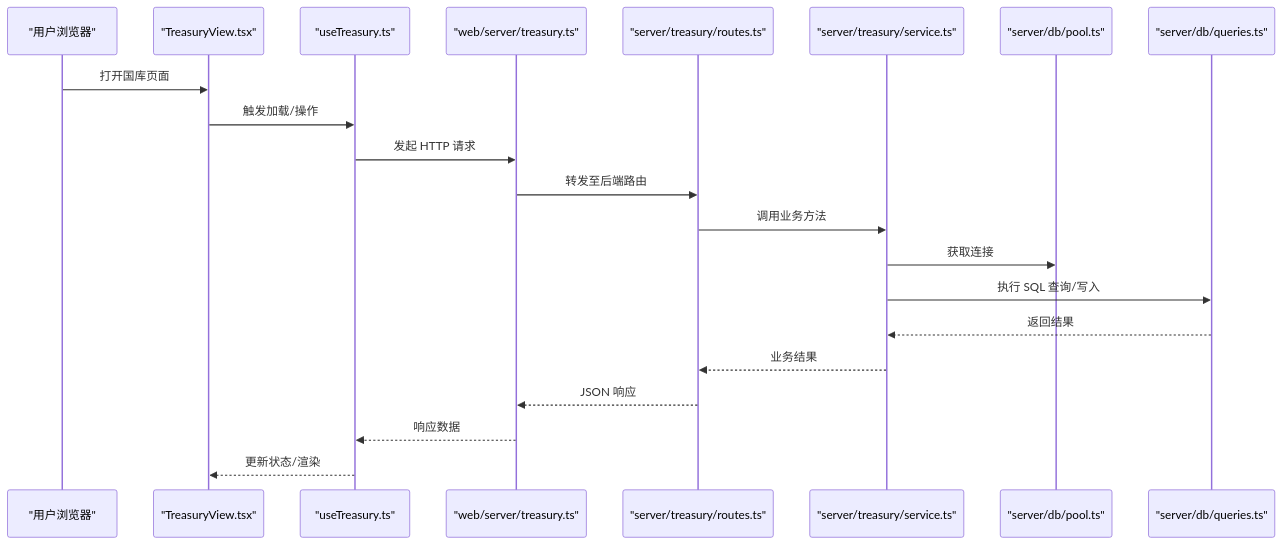
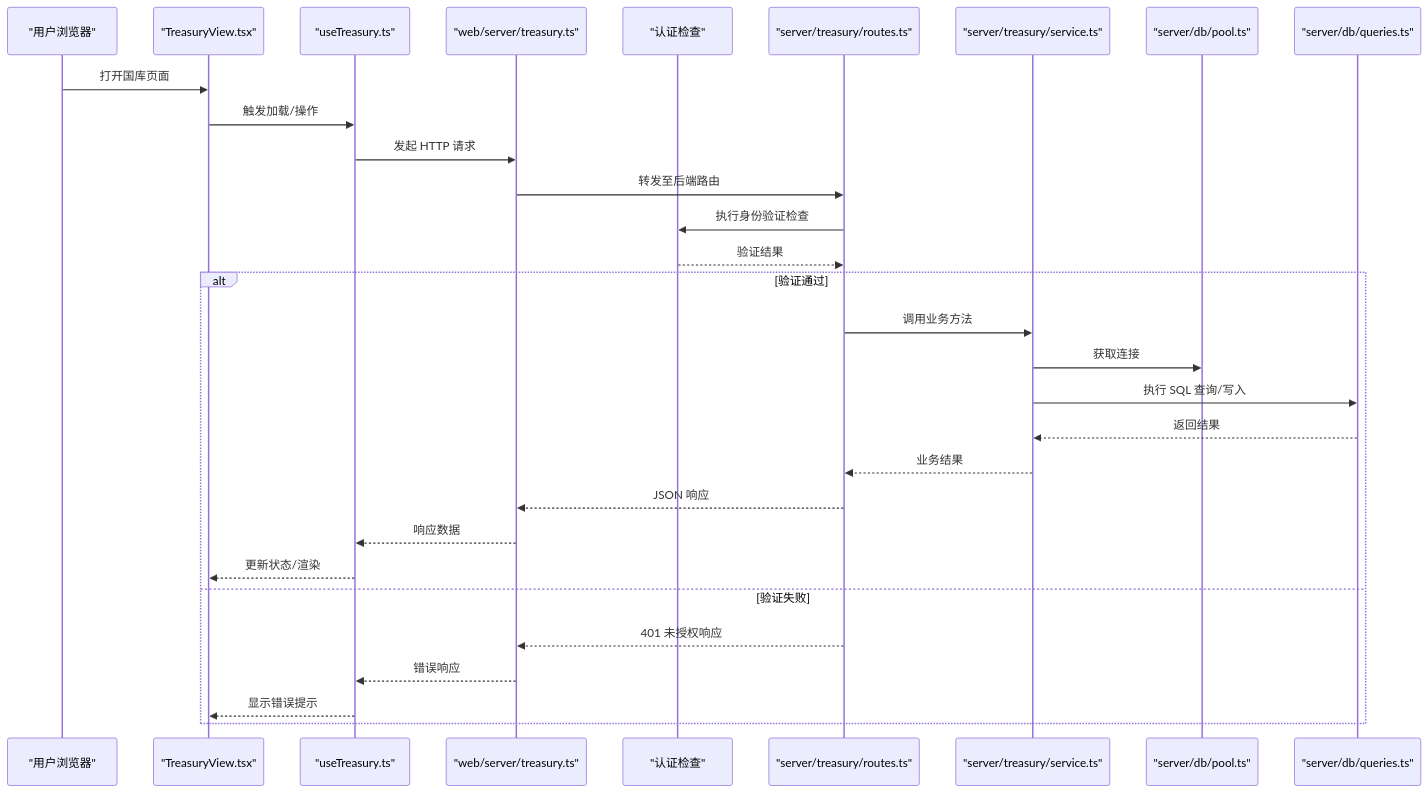
One commit to Maki3991/study-PactLedger changed the second of 3 diagrams in .qoder/repowiki/zh/content/业务逻辑层/国库管理系统.md. Above: the diagram before and after it, drawn with Mermaid. The commit also changed other lines of this file and 15 other files, not shown here.

````diff
--- a/.qoder/repowiki/zh/content/业务逻辑层/国库管理系统.md
+++ b/.qoder/repowiki/zh/content/业务逻辑层/国库管理系统.md
@@ -93,23 +99,32 @@
 ```mermaid
 sequenceDiagram
 participant U as "用户浏览器"
 participant V as "TreasuryView.tsx"
 participant H as "useTreasury.ts"
 participant S as "web/server/treasury.ts"
+participant A as "认证检查"
 participant R as "server/treasury/routes.ts"
 participant SVC as "server/treasury/service.ts"
 participant DBP as "server/db/pool.ts"
 participant Q as "server/db/queries.ts"
 U->>V : 打开国库页面
 V->>H : 触发加载/操作
 H->>S : 发起 HTTP 请求
 S->>R : 转发至后端路由
+R->>A : 执行身份验证检查
+A-->>R : 验证结果
+alt 验证通过
 R->>SVC : 调用业务方法
 SVC->>DBP : 获取连接
 SVC->>Q : 执行 SQL 查询/写入
 Q-->>SVC : 返回结果
 SVC-->>R : 业务结果
 R-->>S : JSON 响应
 S-->>H : 响应数据
 H-->>V : 更新状态/渲染
+else 验证失败
+R-->>S : 401 未授权响应
+S-->>H : 错误响应
+H-->>V : 显示错误提示
+end
 ```
````
